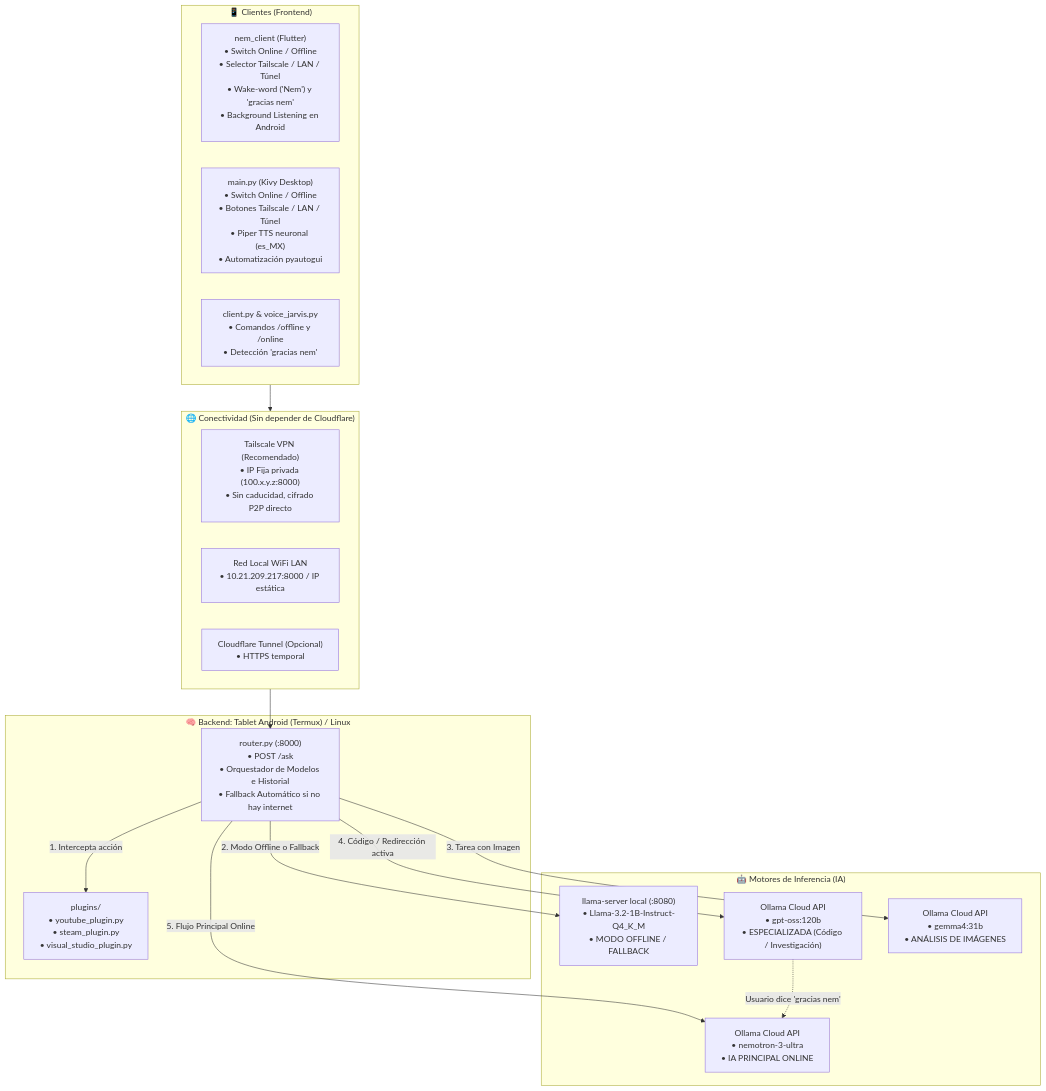
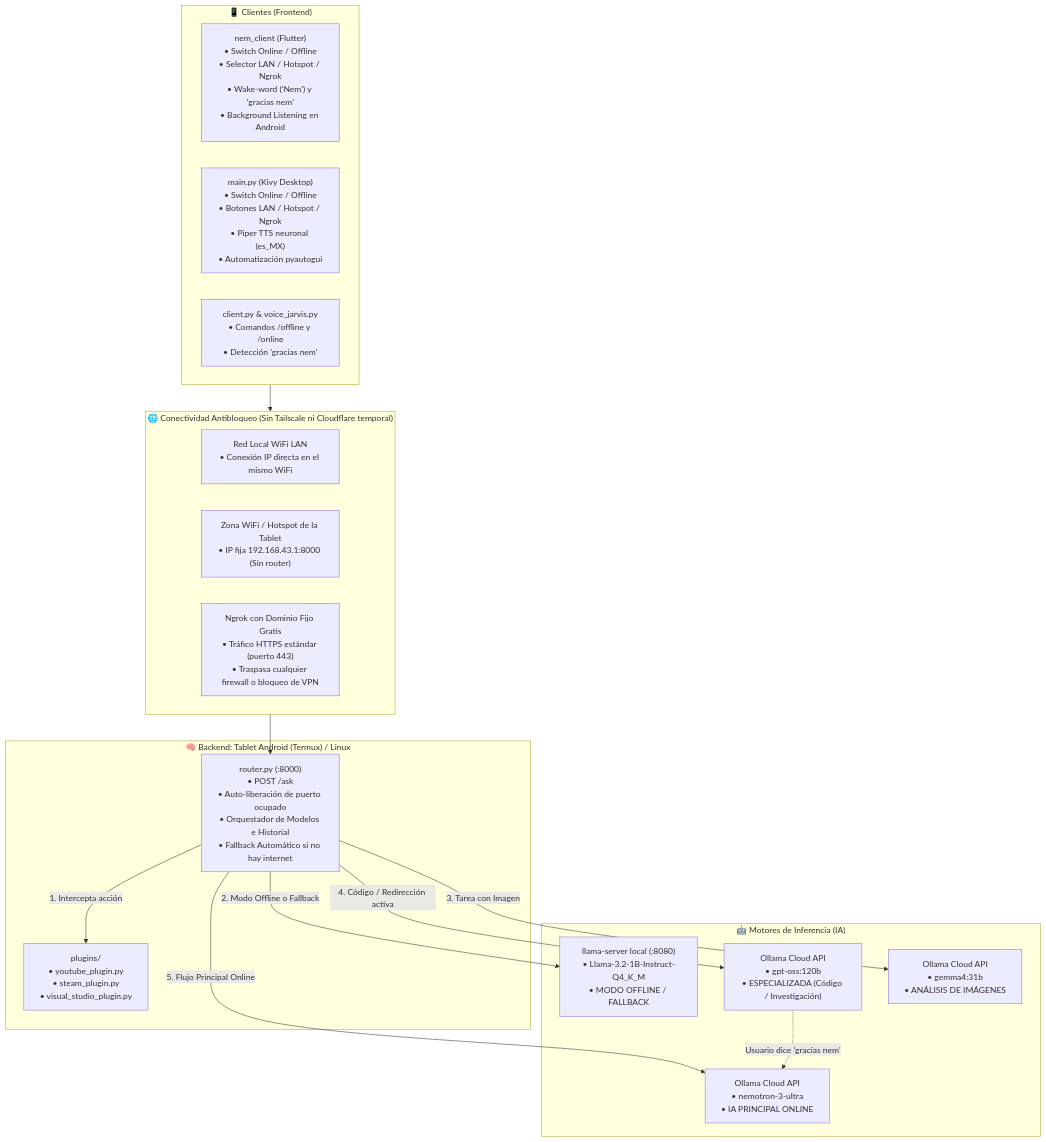
One commit to 1230235-cloud/jarvis changed the diagram in JARVIS_SYSTEM_OVERVIEW.md. Above: the diagram before and after it, drawn with Mermaid. The commit also changed other lines of this file and 2 other files, not shown here.

Commit message:
feat(connect): anadir metodos antibloqueo WiFi LAN, Hotspot y Ngrok con dominio fijo

````diff
--- a/JARVIS_SYSTEM_OVERVIEW.md
+++ b/JARVIS_SYSTEM_OVERVIEW.md
@@ -27,36 +29,36 @@
 ```mermaid
 flowchart TD
     subgraph Clientes ["📱 Clientes (Frontend)"]
-        Flutter["nem_client (Flutter)<br>• Switch Online / Offline<br>• Selector Tailscale / LAN / Túnel<br>• Wake-word ('Nem') y 'gracias nem'<br>• Background Listening en Android"]
-        Kivy["main.py (Kivy Desktop)<br>• Switch Online / Offline<br>• Botones Tailscale / LAN / Túnel<br>• Piper TTS neuronal (es_MX)<br>• Automatización pyautogui"]
+        Flutter["nem_client (Flutter)<br>• Switch Online / Offline<br>• Selector LAN / Hotspot / Ngrok<br>• Wake-word ('Nem') y 'gracias nem'<br>• Background Listening en Android"]
+        Kivy["main.py (Kivy Desktop)<br>• Switch Online / Offline<br>• Botones LAN / Hotspot / Ngrok<br>• Piper TTS neuronal (es_MX)<br>• Automatización pyautogui"]
         TermCli["client.py & voice_jarvis.py<br>• Comandos /offline y /online<br>• Detección 'gracias nem'"]
     end
 
-    subgraph Conectividad ["🌐 Conectividad (Sin depender de Cloudflare)"]
-        Tailscale["Tailscale VPN (Recomendado)<br>• IP Fija privada (100.x.y.z:8000)<br>• Sin caducidad, cifrado P2P directo"]
-        LAN["Red Local WiFi LAN<br>• 10.21.209.217:8000 / IP estática"]
-        Tunnel["Cloudflare Tunnel (Opcional)<br>• HTTPS temporal"]
+    subgraph Conectividad ["🌐 Conectividad Antibloqueo (Sin Tailscale ni Cloudflare temporal)"]
+        LAN["Red Local WiFi LAN<br>• Conexión IP directa en el mismo WiFi"]
+        Hotspot["Zona WiFi / Hotspot de la Tablet<br>• IP fija 192.168.43.1:8000 (Sin router)"]
+        Ngrok["Ngrok con Dominio Fijo Gratis<br>• Tráfico HTTPS estándar (puerto 443)<br>• Traspasa cualquier firewall o bloqueo de VPN"]
     end
 
     subgraph Backend ["🧠 Backend: Tablet Android (Termux) / Linux"]
-        Router["router.py (:8000)<br>• POST /ask<br>• Orquestador de Modelos e Historial<br>• Fallback Automático si no hay internet"]
+        Router["router.py (:8000)<br>• POST /ask<br>• Auto-liberación de puerto ocupado<br>• Orquestador de Modelos e Historial<br>• Fallback Automático si no hay internet"]
         Plugins["plugins/<br>• youtube_plugin.py<br>• steam_plugin.py<br>• visual_studio_plugin.py"]
     end
 
     subgraph MotoresIA ["🤖 Motores de Inferencia (IA)"]
         LocalLlama["llama-server local (:8080)<br>• Llama-3.2-1B-Instruct-Q4_K_M<br>• MODO OFFLINE / FALLBACK"]
         OllamaNemotron["Ollama Cloud API<br>• nemotron-3-ultra<br>• IA PRINCIPAL ONLINE"]
         OllamaGPT["Ollama Cloud API<br>• gpt-oss:120b<br>• ESPECIALIZADA (Código / Investigación)"]
         OllamaVision["Ollama Cloud API<br>• gemma4:31b<br>• ANÁLISIS DE IMÁGENES"]
     end
 
     Clientes --> Conectividad
     Conectividad --> Router
     Router -->|1. Intercepta acción| Plugins
     Router -->|2. Modo Offline o Fallback| LocalLlama
     Router -->|3. Tarea con Imagen| OllamaVision
     Router -->|4. Código / Redirección activa| OllamaGPT
     Router -->|5. Flujo Principal Online| OllamaNemotron
 
     OllamaGPT -.->|Usuario dice 'gracias nem'| OllamaNemotron
 ```
````
